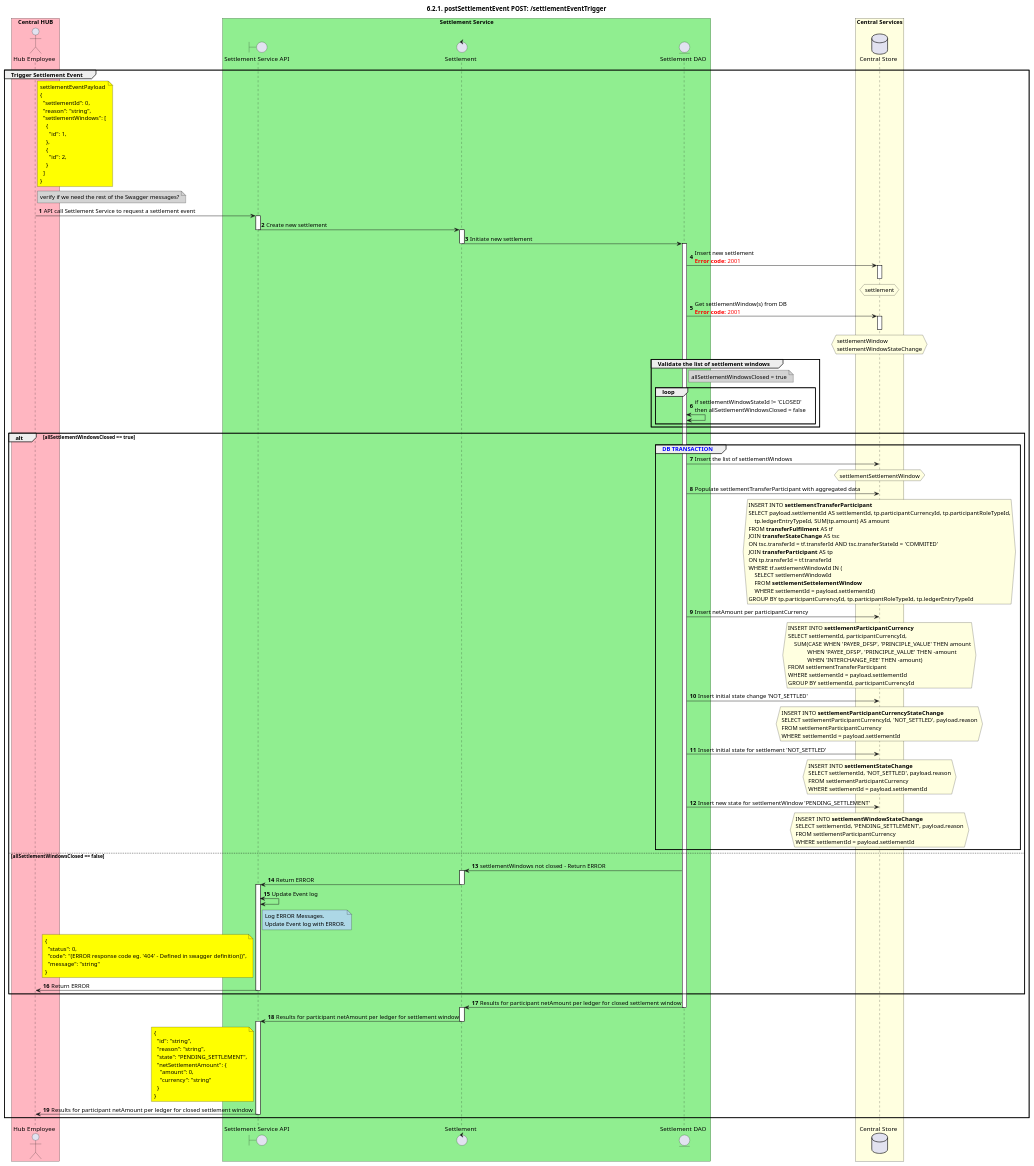
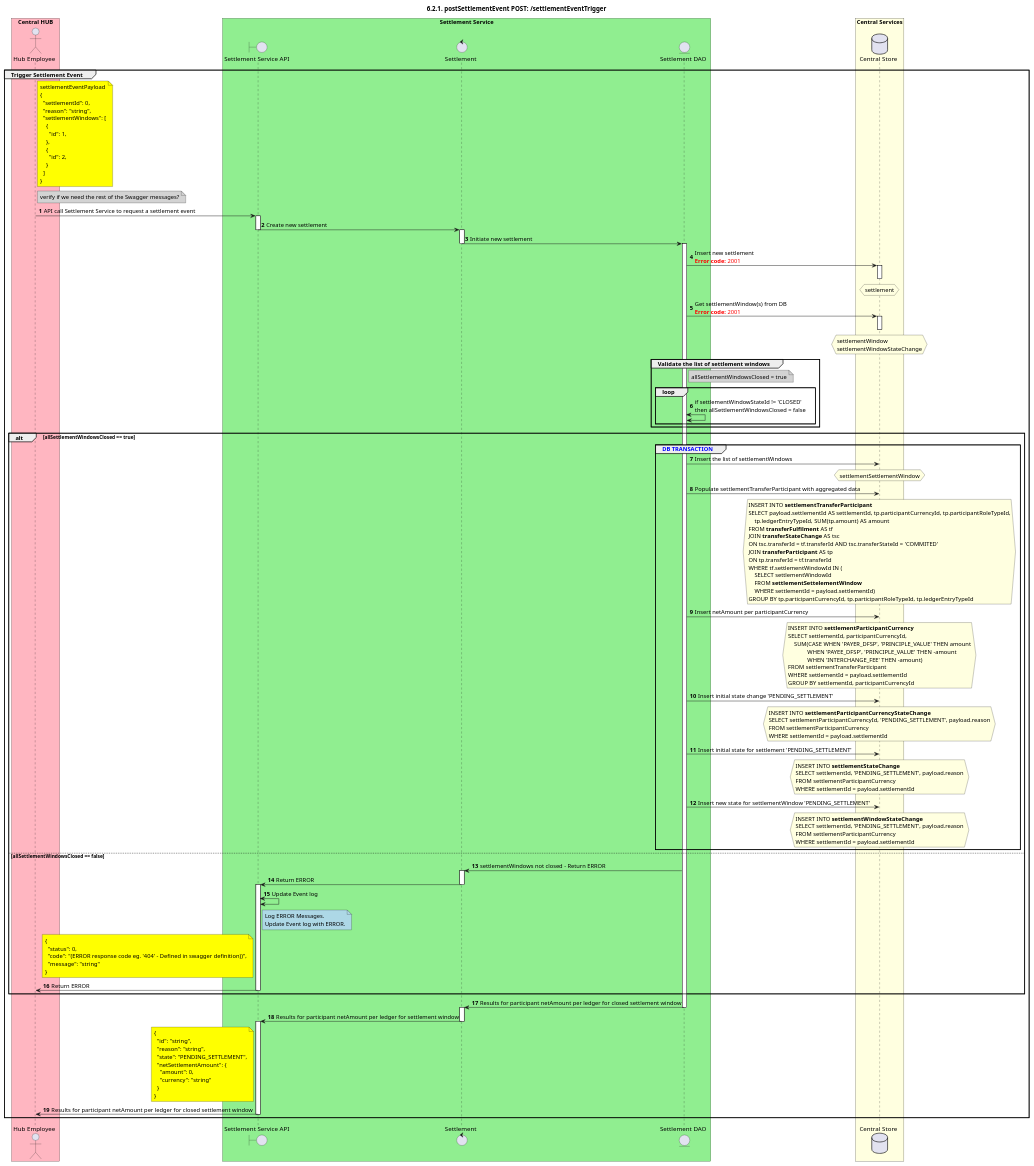
Before and after one commit to HenkKodde/docs: the diagram in CentralServices/seq_diagrams/seq-settlement-6.2.1.plantuml, drawn with PlantUML. The commit also changed 3 other files, not shown here.

```diff
--- a/CentralServices/seq_diagrams/seq-settlement-6.2.1.plantuml
+++ b/CentralServices/seq_diagrams/seq-settlement-6.2.1.plantuml
@@ -1,187 +1,187 @@
 @startuml
 ' declate title
 title 6.2.1. postSettlementEvent POST: /settlementEventTrigger
 
 autonumber
 
 ' Actor Keys:
 
 ' declare actors
 
 actor "Hub Employee" as OPERATOR
 
 boundary "Settlement Service API" as SSAPI
 control "Settlement" as SETTLEMENT
 entity "Settlement DAO" as SETTLE_DAO
 
 database "Central Store" as DB
 
 box "Central HUB" #LightPink
     participant OPERATOR
 end box
 
 box "Settlement Service" #LightGreen
     participant SSAPI
     participant SETTLEMENT
     participant SETTLE_DAO
 end box
 
 box "Central Services" #LightYellow
     participant DB
 end box
 
 ' start flow
 
 group Trigger Settlement Event
     note right of OPERATOR #Yellow
         settlementEventPayload
         {
           "settlementId": 0,
           "reason": "string",
           "settlementWindows": [
             {
               "id": 1,
             },
             {
               "id": 2,
             }
           ]
         }
     end note
     note right of OPERATOR #LightGray
         verify if we need the rest of the Swagger messages?
     end note
     OPERATOR -> SSAPI: API call Settlement Service to request a settlement event
     activate SSAPI
     SSAPI-> SETTLEMENT: Create new settlement
     deactivate SSAPI
     activate SETTLEMENT
     SETTLEMENT -> SETTLE_DAO: Initiate new settlement
     deactivate SETTLEMENT
     activate SETTLE_DAO
 
     SETTLE_DAO -> DB: Insert new settlement \n<color #FF0000><b>Error code:</b> 2001</color>
     activate DB
     hnote over DB #LightYellow
         settlement
     end hnote
     deactivate DB
     deactivate SETTLEMENT
     SETTLE_DAO -> DB: Get settlementWindow(s) from DB \n<color #FF0000><b>Error code:</b> 2001</color>
     activate DB
     hnote over DB #LightYellow
         settlementWindow
         settlementWindowStateChange
     end hnote
     deactivate DB
     group Validate the list of settlement windows
         note right of SETTLE_DAO #LightGray
             allSettlementWindowsClosed = true
         end note
         loop
             SETTLE_DAO <-> SETTLE_DAO: if settlementWindowStateId != 'CLOSED' \nthen allSettlementWindowsClosed = false
         end loop
     end
     alt allSettlementWindowsClosed == true
         group <color #blue>DB TRANSACTION</color>
             SETTLE_DAO -> DB: Insert the list of settlementWindows
             hnote over DB #LightYellow
                 settlementSettlementWindow
             end hnote
             SETTLE_DAO -> DB: Populate settlementTransferParticipant with aggregated data
             hnote over DB #LightYellow
                 INSERT INTO **settlementTransferParticipant**
                 SELECT payload.settlementId AS settlementId, tp.participantCurrencyId, tp.participantRoleTypeId,
                     tp.ledgerEntryTypeId, SUM(tp.amount) AS amount
                 FROM **transferFulfilment** AS tf
                 JOIN **transferStateChange** AS tsc
                 ON tsc.transferId = tf.transferId AND tsc.transferStateId = 'COMMITED'
                 JOIN **transferParticipant** AS tp
                 ON tp.transferId = tf.transferId
                 WHERE tf.settlementWindowId IN (
                     SELECT settlementWindowId
                     FROM **settlementSettelementWindow**
                     WHERE settlementId = payload.settlementId)
                 GROUP BY tp.participantCurrencyId, tp.participantRoleTypeId, tp.ledgerEntryTypeId
             end hnote
 
             SETTLE_DAO -> DB: Insert netAmount per participantCurrency
             hnote over DB #LightYellow
                 INSERT INTO **settlementParticipantCurrency**
                 SELECT settlementId, participantCurrencyId,
                     SUM(CASE WHEN 'PAYER_DFSP', 'PRINCIPLE_VALUE' THEN amount
                              WHEN 'PAYEE_DFSP', 'PRINCIPLE_VALUE' THEN -amount
                              WHEN 'INTERCHANGE_FEE' THEN -amount)
                 FROM settlementTransferParticipant
                 WHERE settlementId = payload.settlementId
                 GROUP BY settlementId, participantCurrencyId
             end hnote
 
-            SETTLE_DAO -> DB: Insert initial state change 'NOT_SETTLED'
+            SETTLE_DAO -> DB: Insert initial state change 'PENDING_SETTLEMENT'
             hnote over DB #LightYellow
                 INSERT INTO **settlementParticipantCurrencyStateChange**
-                SELECT settlementParticipantCurrencyId, 'NOT_SETTLED', payload.reason
+                SELECT settlementParticipantCurrencyId, 'PENDING_SETTLEMENT', payload.reason
                 FROM settlementParticipantCurrency
                 WHERE settlementId = payload.settlementId
             end hnote
 
-            SETTLE_DAO -> DB: Insert initial state for settlement 'NOT_SETTLED'
+            SETTLE_DAO -> DB: Insert initial state for settlement 'PENDING_SETTLEMENT'
             hnote over DB #LightYellow
                 INSERT INTO **settlementStateChange**
-                SELECT settlementId, 'NOT_SETTLED', payload.reason
+                SELECT settlementId, 'PENDING_SETTLEMENT', payload.reason
                 FROM settlementParticipantCurrency
                 WHERE settlementId = payload.settlementId
             end hnote
 
             SETTLE_DAO -> DB: Insert new state for settlementWindow 'PENDING_SETTLEMENT'
             hnote over DB #LightYellow
                 INSERT INTO **settlementWindowStateChange**
                 SELECT settlementId, 'PENDING_SETTLEMENT', payload.reason
                 FROM settlementParticipantCurrency
                 WHERE settlementId = payload.settlementId
             end hnote
         end
 
     else allSettlementWindowsClosed == false
         SETTLE_DAO -> SETTLEMENT: settlementWindows not closed - Return ERROR
         activate SETTLEMENT
         SETTLEMENT -> SSAPI: Return ERROR
         deactivate SETTLEMENT
         activate SSAPI
         SSAPI <-> SSAPI: Update Event log
         note right of SSAPI #LightBlue
             Log ERROR Messages.
             Update Event log with ERROR.
             end note
         note left of SSAPI #Yellow
             {
               "status": 0,
               "code": "(ERROR response code eg. '404' - Defined in swagger definition))",
               "message": "string"
             }
         end note
         OPERATOR <- SSAPI: Return ERROR
         deactivate SSAPI
     end
 
     SETTLEMENT <- SETTLE_DAO: Results for participant netAmount per ledger for closed settlement window
     deactivate SETTLE_DAO
     activate SETTLEMENT
     SETTLEMENT -> SSAPI: Results for participant netAmount per ledger for settlement window
     note left of SSAPI #Yellow
         {
           "id": "string",
           "reason": "string",
           "state": "PENDING_SETTLEMENT",
           "netSettlementAmount": {
             "amount": 0,
             "currency": "string"
           }
         }
     end note
     deactivate SETTLEMENT
     activate SSAPI
     SSAPI -> OPERATOR: Results for participant netAmount per ledger for closed settlement window
     deactivate SSAPI
 end
 @enduml
```
